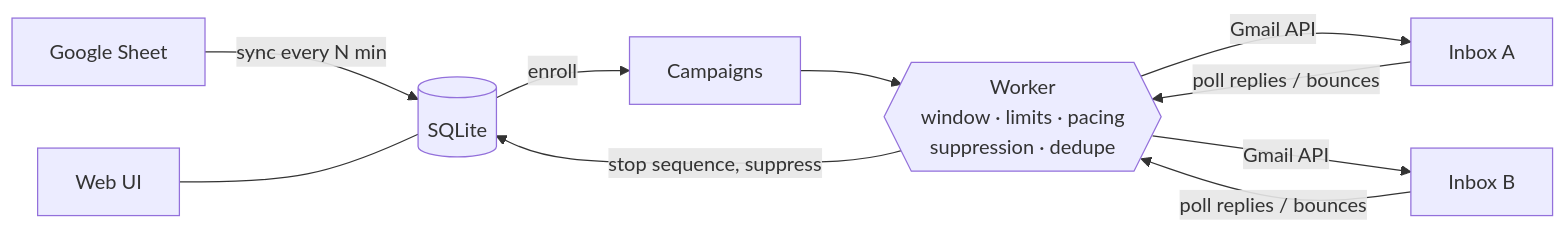
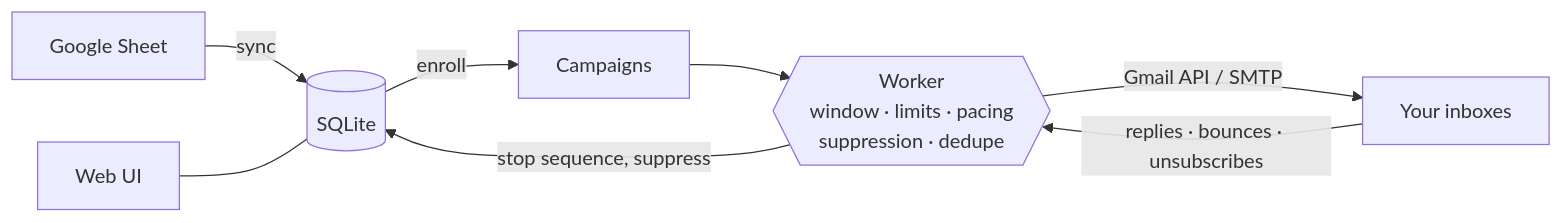
The diagram in README.md (Channel-Wise/outreach-wise), drawn with Mermaid before and after one commit. The commit also changed other lines of this file and 13 other files, not shown here.

````diff
--- a/README.md
+++ b/README.md
@@ -47,10 +133,10 @@
 ```mermaid
 flowchart LR
-    Sheet[Google Sheet] -- sync every N min --> Leads[(SQLite)]
-    Leads -- enroll --> Campaigns
+    Sheet[Google Sheet] -- sync --> DB[(SQLite)]
+    DB -- enroll --> Campaigns
     Campaigns --> Worker{{Worker<br/>window · limits · pacing<br/>suppression · dedupe}}
-    Worker -- Gmail API --> Inbox1[Inbox A] & Inbox2[Inbox B]
-    Inbox1 & Inbox2 -- poll replies / bounces --> Worker
-    Worker -- stop sequence, suppress --> Leads
-    UI[Web UI] --- Leads
+    Worker -- Gmail API / SMTP --> Inboxes[Your inboxes]
+    Inboxes -- replies · bounces · unsubscribes --> Worker
+    Worker -- stop sequence, suppress --> DB
+    UI[Web UI] --- DB
 ```
````
